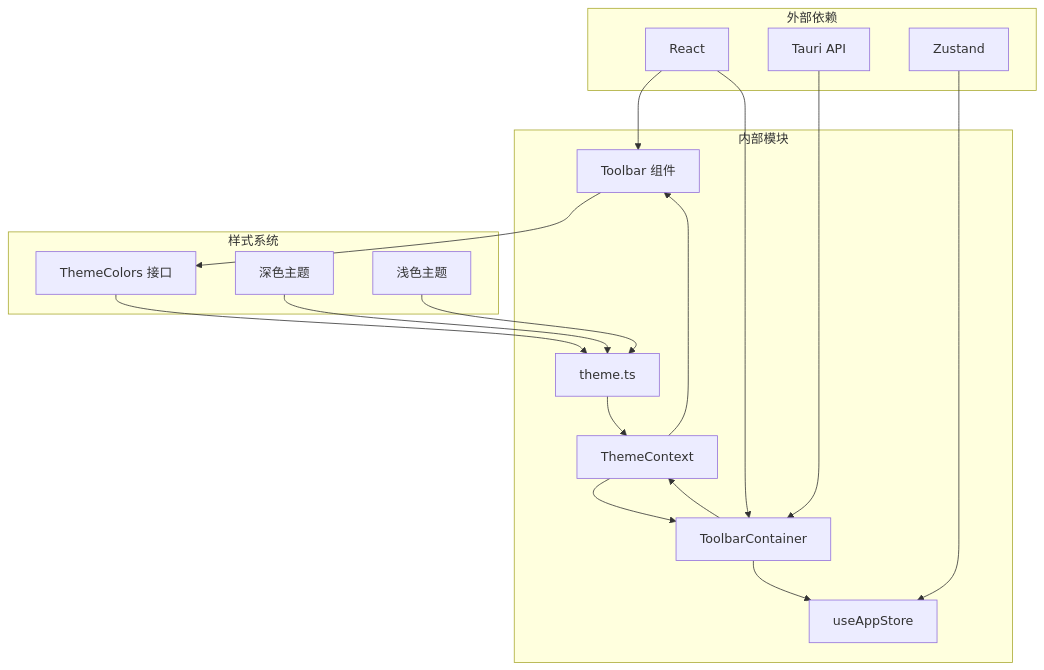
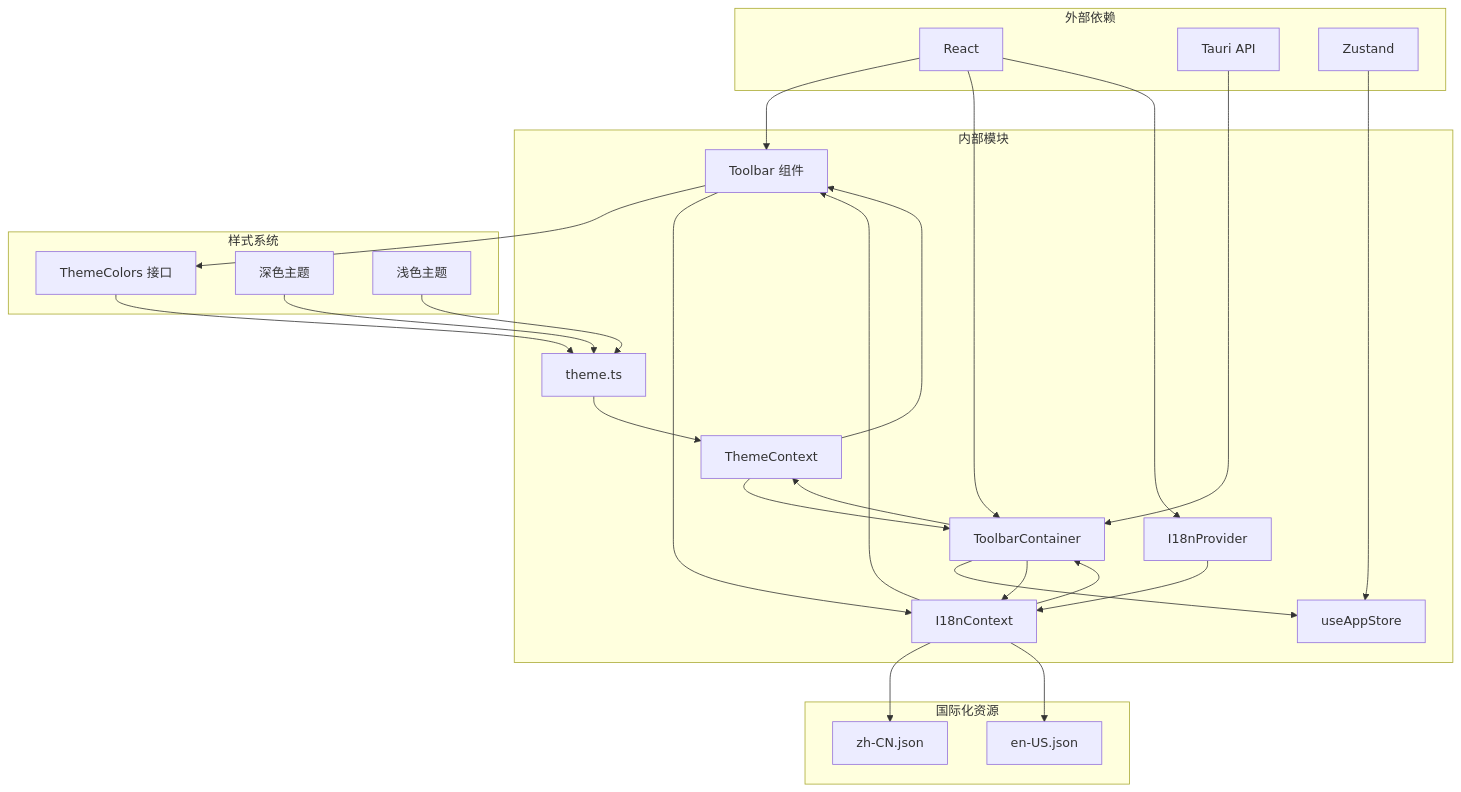
Before and after one commit to YLee9527/Medex: the sixth of 6 diagrams in repowiki/zh/content/前端开发/UI 组件详解/工具栏组件 (Toolbar).md, drawn with Mermaid. The commit also changed other lines of this file and 13 other files, not shown here.

````diff
--- a/repowiki/zh/content/前端开发/UI 组件详解/工具栏组件 (Toolbar).md
+++ b/repowiki/zh/content/前端开发/UI 组件详解/工具栏组件 (Toolbar).md
@@ -319,33 +480,47 @@
 ```mermaid
 graph TB
 subgraph "外部依赖"
 React[React]
 Tauri[Tauri API]
 Zustand[Zustand]
 end
 subgraph "内部模块"
 Toolbar[Toolbar 组件]
 Container[ToolbarContainer]
 Store[useAppStore]
 Theme[ThemeContext]
 ThemeConfig[theme.ts]
+I18n[I18nContext]
+I18nProvider[I18nProvider]
+end
+subgraph "国际化资源"
+ZhCN[zh-CN.json]
+EnUS[en-US.json]
 end
 subgraph "样式系统"
 ThemeColors[ThemeColors 接口]
 DarkTheme[深色主题]
 LightTheme[浅色主题]
 end
 React --> Toolbar
 React --> Container
+React --> I18nProvider
 Tauri --> Container
 Zustand --> Store
 Theme --> Container
 Theme --> Toolbar
 ThemeConfig --> Theme
+I18n --> Container
+I18n --> Toolbar
+I18nProvider --> I18n
+I18n --> ZhCN
+I18n --> EnUS
 ThemeColors --> ThemeConfig
 DarkTheme --> ThemeConfig
 LightTheme --> ThemeConfig
 Container --> Store
 Container --> Theme
+Container --> I18n
 Toolbar --> ThemeColors
+Toolbar --> I18n
 ```
````
